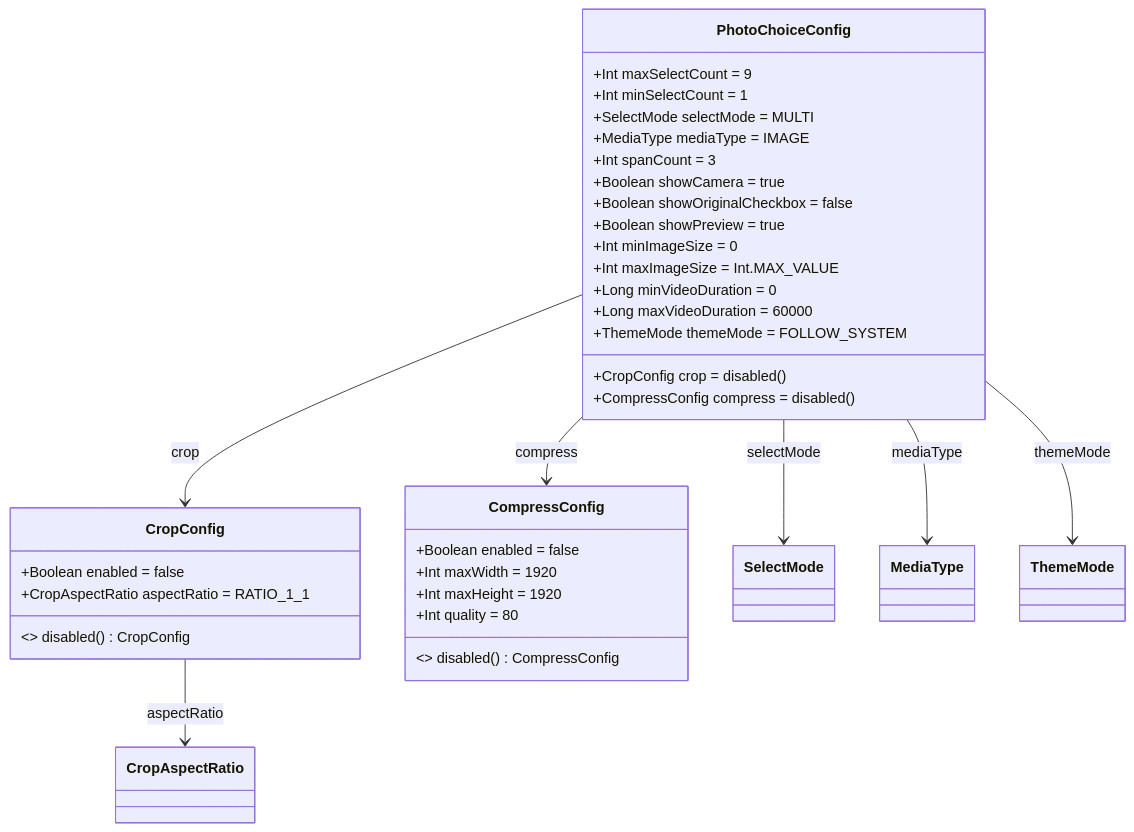
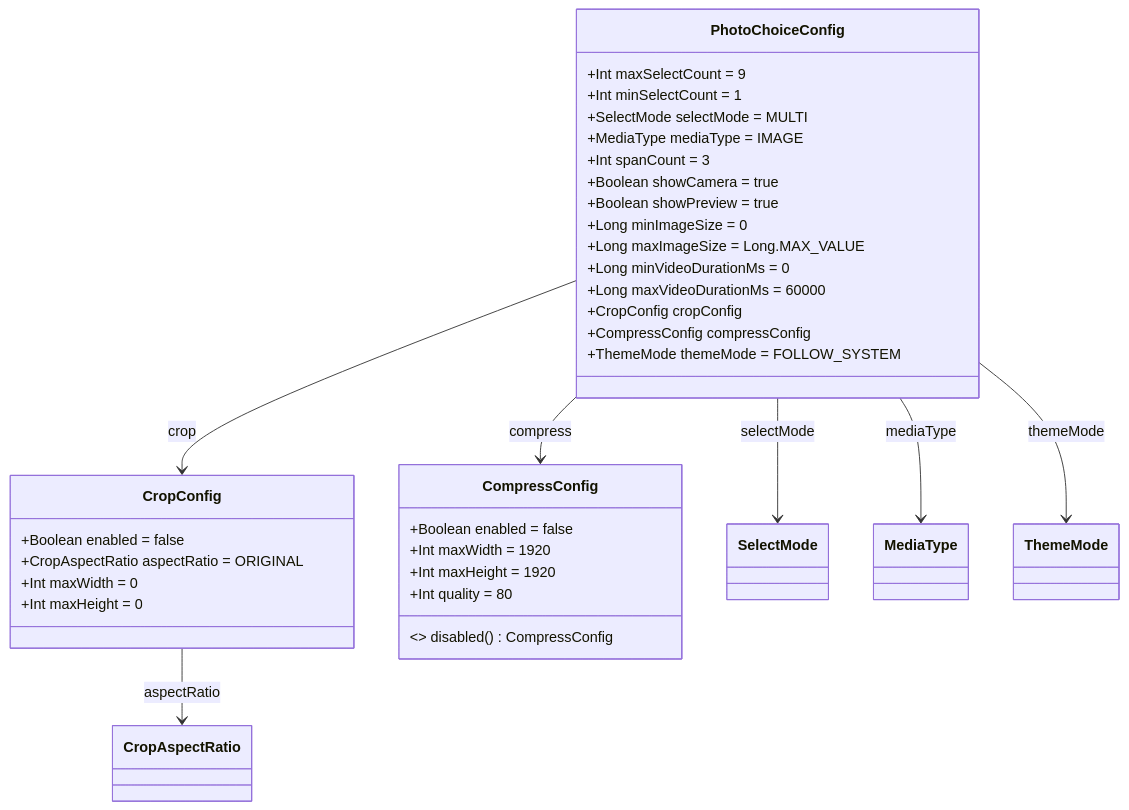
One commit to Hu12037102/photo_choice changed the ninth of 15 diagrams in PRD.md. Above: the diagram before and after it, drawn with Mermaid. The commit also changed other lines of this file and 3 other files, not shown here.

````diff
--- a/PRD.md
+++ b/PRD.md
@@ -306,41 +317,41 @@
 ```mermaid
 classDiagram
     class PhotoChoiceConfig {
         +Int maxSelectCount = 9
         +Int minSelectCount = 1
         +SelectMode selectMode = MULTI
         +MediaType mediaType = IMAGE
         +Int spanCount = 3
         +Boolean showCamera = true
-        +Boolean showOriginalCheckbox = false
         +Boolean showPreview = true
-        +Int minImageSize = 0
-        +Int maxImageSize = Int.MAX_VALUE
-        +Long minVideoDuration = 0
-        +Long maxVideoDuration = 60000
-        +CropConfig crop = disabled()
-        +CompressConfig compress = disabled()
+        +Long minImageSize = 0
+        +Long maxImageSize = Long.MAX_VALUE
+        +Long minVideoDurationMs = 0
+        +Long maxVideoDurationMs = 60000
+        +CropConfig cropConfig
+        +CompressConfig compressConfig
         +ThemeMode themeMode = FOLLOW_SYSTEM
     }
 
     class CropConfig {
         +Boolean enabled = false
-        +CropAspectRatio aspectRatio = RATIO_1_1
-        <<companion>> disabled() CropConfig
+        +CropAspectRatio aspectRatio = ORIGINAL
+        +Int maxWidth = 0
+        +Int maxHeight = 0
     }
 
     class CompressConfig {
         +Boolean enabled = false
         +Int maxWidth = 1920
         +Int maxHeight = 1920
         +Int quality = 80
         <<companion>> disabled() CompressConfig
     }
 
     PhotoChoiceConfig --> CropConfig : crop
     PhotoChoiceConfig --> CompressConfig : compress
     PhotoChoiceConfig --> SelectMode : selectMode
     PhotoChoiceConfig --> MediaType : mediaType
     PhotoChoiceConfig --> ThemeMode : themeMode
     CropConfig --> CropAspectRatio : aspectRatio
 ```
````
